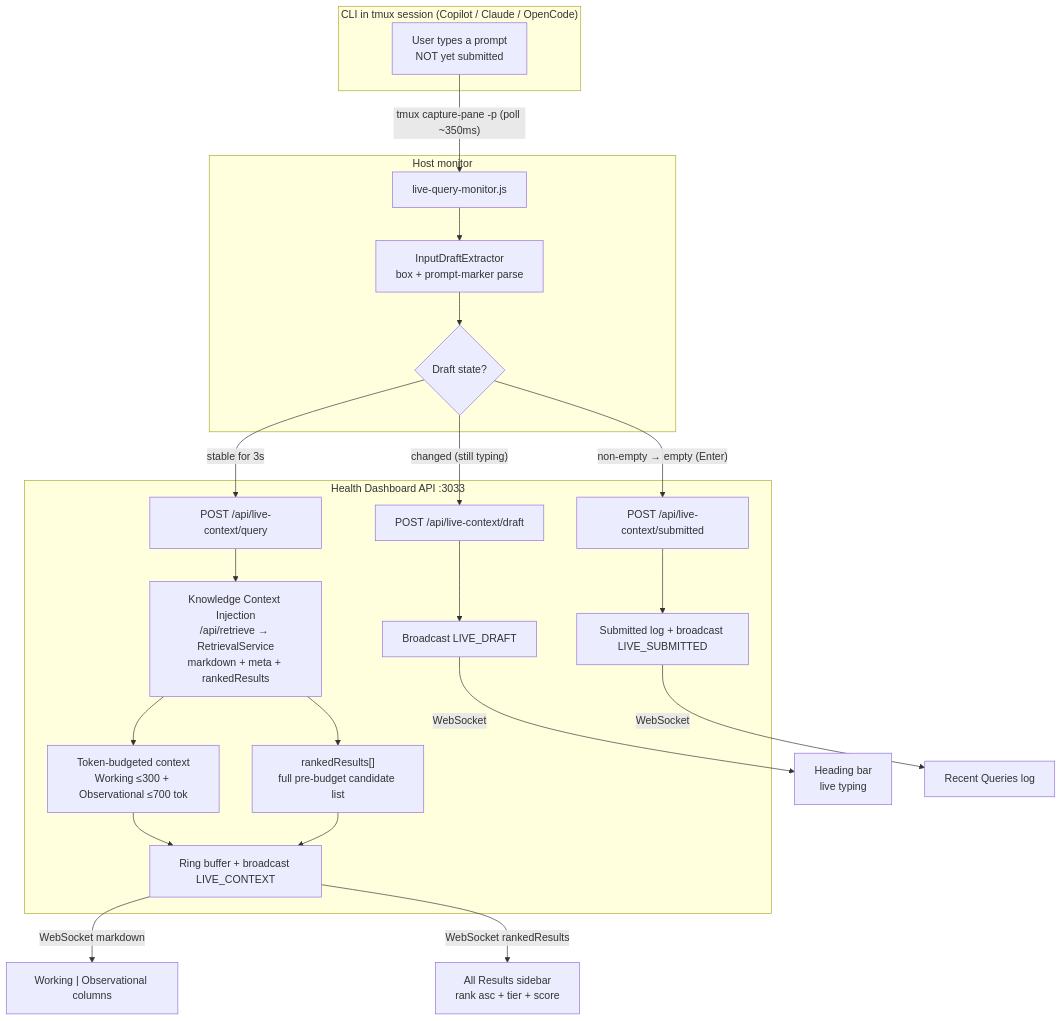
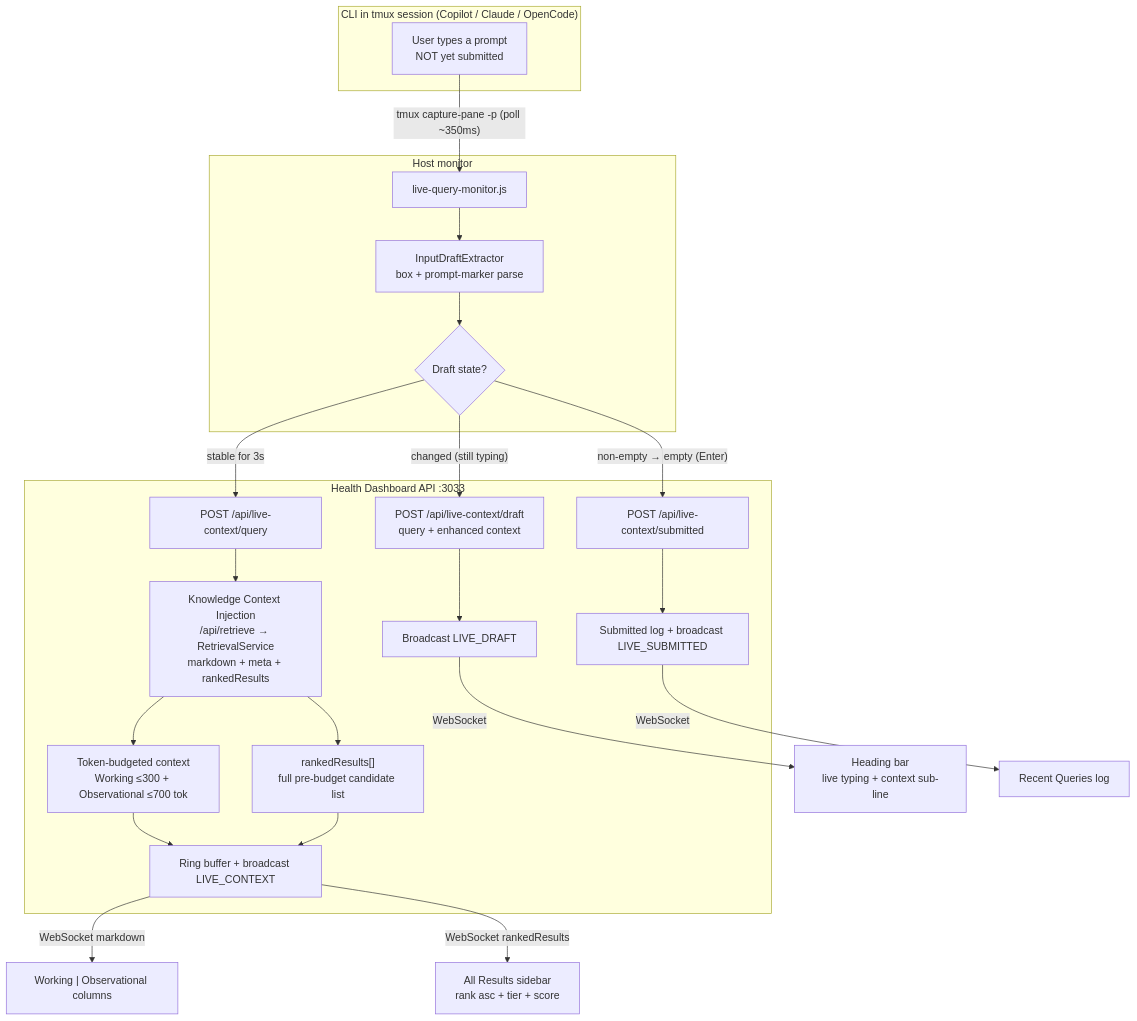
The fourth of 6 diagrams in README.md (ritwik-ghosh09/Agent-Agnostic-Observational-Memory), drawn with Mermaid before and after one commit. The commit also changed other lines of this file, not shown here.

Commit message:
docs(live-context): document live context sub-line streaming

````diff
--- a/README.md
+++ b/README.md
@@ -495,32 +495,32 @@
 ```mermaid
 graph TD
     subgraph CLI["CLI in tmux session (Copilot / Claude / OpenCode)"]
         A["User types a prompt<br/>NOT yet submitted"]
     end
 
     A -->|"tmux capture-pane -p (poll ~350ms)"| B["live-query-monitor.js"]
 
     subgraph MON["Host monitor"]
         B --> C["InputDraftExtractor<br/>box + prompt-marker parse"]
         C --> D{"Draft state?"}
     end
 
-    D -->|"changed (still typing)"| E["POST /api/live-context/draft"]
+    D -->|"changed (still typing)"| E["POST /api/live-context/draft<br/>query + enhanced context"]
     D -->|"stable for 3s"| F["POST /api/live-context/query"]
     D -->|"non-empty → empty (Enter)"| G["POST /api/live-context/submitted"]
 
     subgraph DASH["Health Dashboard API :3033"]
         E --> H["Broadcast LIVE_DRAFT"]
         F --> I["Knowledge Context Injection<br/>/api/retrieve → RetrievalService<br/>markdown + meta + rankedResults"]
         I --> O["Token-budgeted context<br/>Working ≤300 + Observational ≤700 tok"]
         I --> P["rankedResults[]<br/>full pre-budget candidate list"]
         O --> J["Ring buffer + broadcast LIVE_CONTEXT"]
         P --> J
         G --> K["Submitted log + broadcast LIVE_SUBMITTED"]
     end
 
-    H -->|WebSocket| L["Heading bar<br/>live typing"]
+    H -->|WebSocket| L["Heading bar<br/>live typing + context sub-line"]
     J -->|WebSocket markdown| M["Working | Observational columns"]
     J -->|WebSocket rankedResults| Q["All Results sidebar<br/>rank asc + tier + score"]
     K -->|WebSocket| N["Recent Queries log"]
 ```
````
